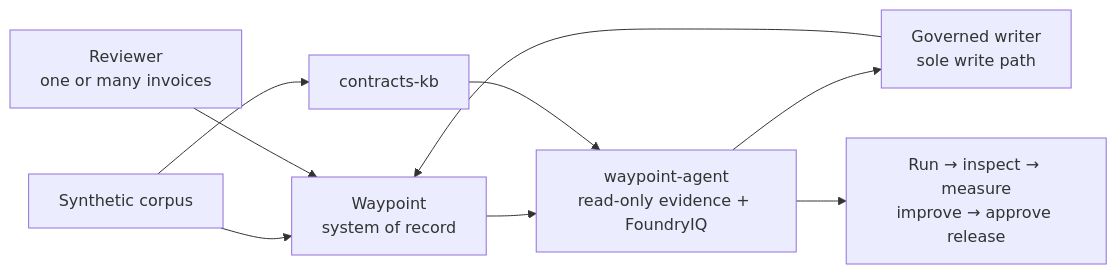
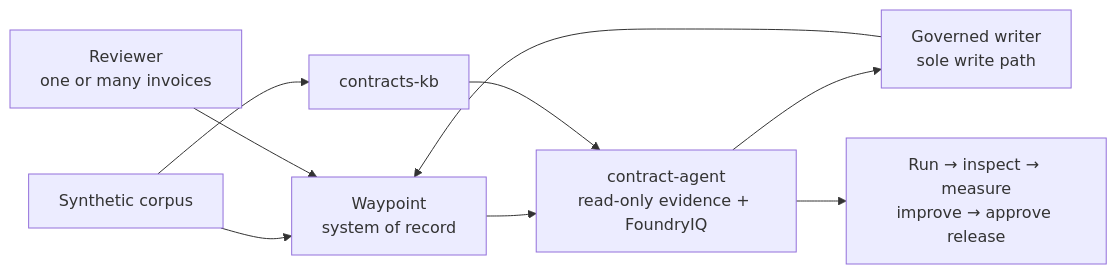
One commit to caldova/waypoint changed the diagram in docs/architecture.md. Above: the diagram before and after it, drawn with Mermaid. The commit also changed other lines of this file and 40 other files, not shown here.

First line of the commit message:
refactor(agents): rename to contract-agent and flatten the module layout

````diff
--- a/docs/architecture.md
+++ b/docs/architecture.md
@@ -22,11 +22,11 @@
 ```mermaid
 flowchart LR
     Corpus[Synthetic corpus] --> App[Waypoint<br/>system of record]
     Corpus --> KB[contracts-kb]
     Reviewer[Reviewer<br/>one or many invoices] --> App
-    App --> Agent[waypoint-agent<br/>read-only evidence + FoundryIQ]
+    App --> Agent[contract-agent<br/>read-only evidence + FoundryIQ]
     KB --> Agent
     Agent --> Writer[Governed writer<br/>sole write path]
     Writer --> App
     Agent --> Quality[Run → inspect → measure<br/>improve → approve release]
 ```
````
